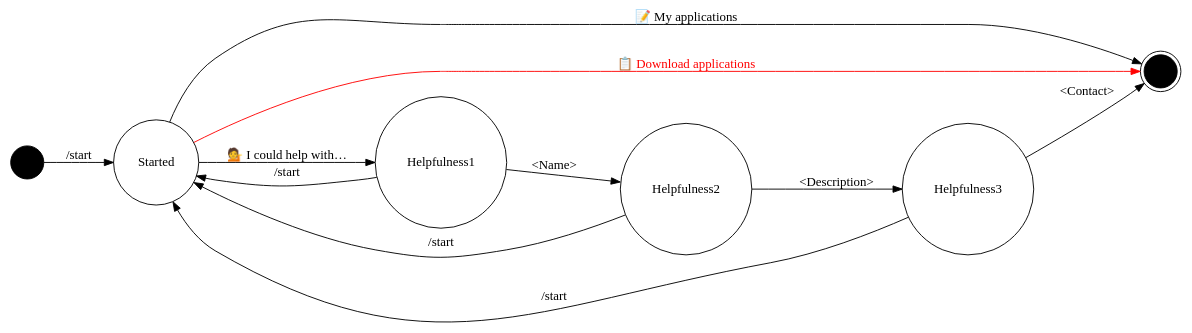
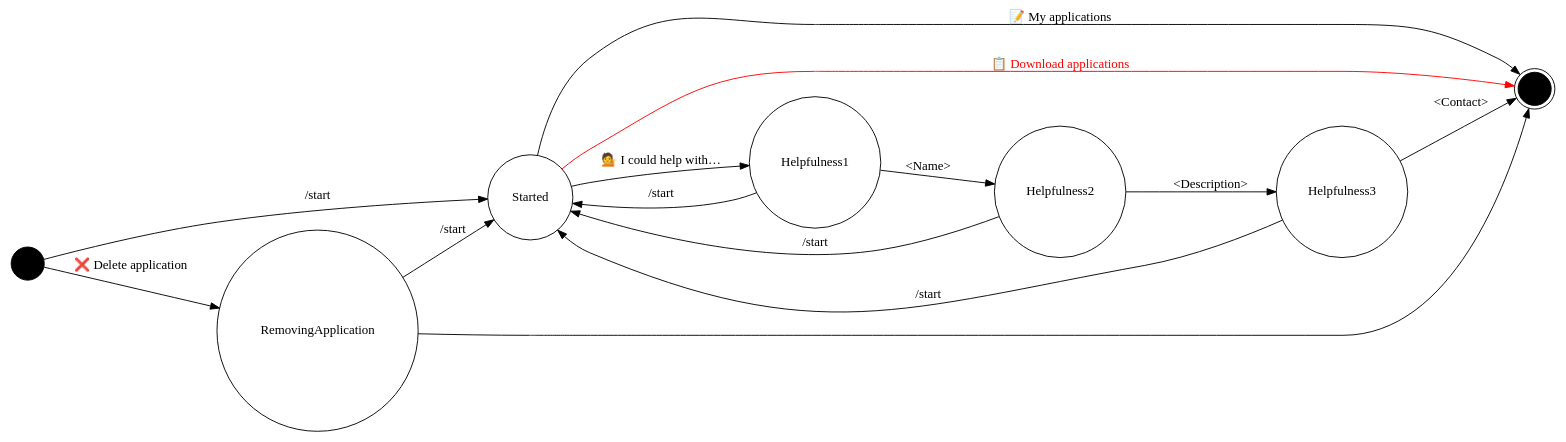
Before and after one commit to madhead/hoodworking: the diagram in docs/FSM.dot, drawn with Graphviz. The commit also changed 10 other files, not shown here.

```diff
--- a/docs/FSM.dot
+++ b/docs/FSM.dot
@@ -1,22 +1,27 @@
 digraph "Hoodworking FSM" {
     rankdir = LR;
     node [shape = circle, style = filled, fillcolor = white];
 
     START [fillcolor = black, label = ""];
     END [shape = doublecircle, fillcolor = black, label = ""];
     STARTED [label = "Started"];
     HELPFULNESS1 [label = "Helpfulness1"];
     HELPFULNESS2 [label = "Helpfulness2"];
     HELPFULNESS3 [label = "Helpfulness3"];
+    REMOVING_APPLICATION [label = "RemovingApplication"];
+
+    START -> REMOVING_APPLICATION [label = "❌ Delete application"];
+    REMOVING_APPLICATION -> END;
+    REMOVING_APPLICATION -> STARTED [label = "/start"];
 
     START -> STARTED [label = "/start"];
     STARTED -> HELPFULNESS1 [label = "💁 I could help with…"];
     HELPFULNESS1 -> HELPFULNESS2 [label = "<Name>"];
     HELPFULNESS1 -> STARTED [label = "/start"];
     HELPFULNESS2 -> HELPFULNESS3 [label = "<Description>"];
     HELPFULNESS2 -> STARTED [label = "/start"];
     HELPFULNESS3 -> END [label = "<Contact>"];
     HELPFULNESS3 -> STARTED [label = "/start"];
     STARTED -> END [label = "📝 My applications"];
     STARTED -> END [label = "📋 Download applications", color = red, fontcolor = red];
 }
```
